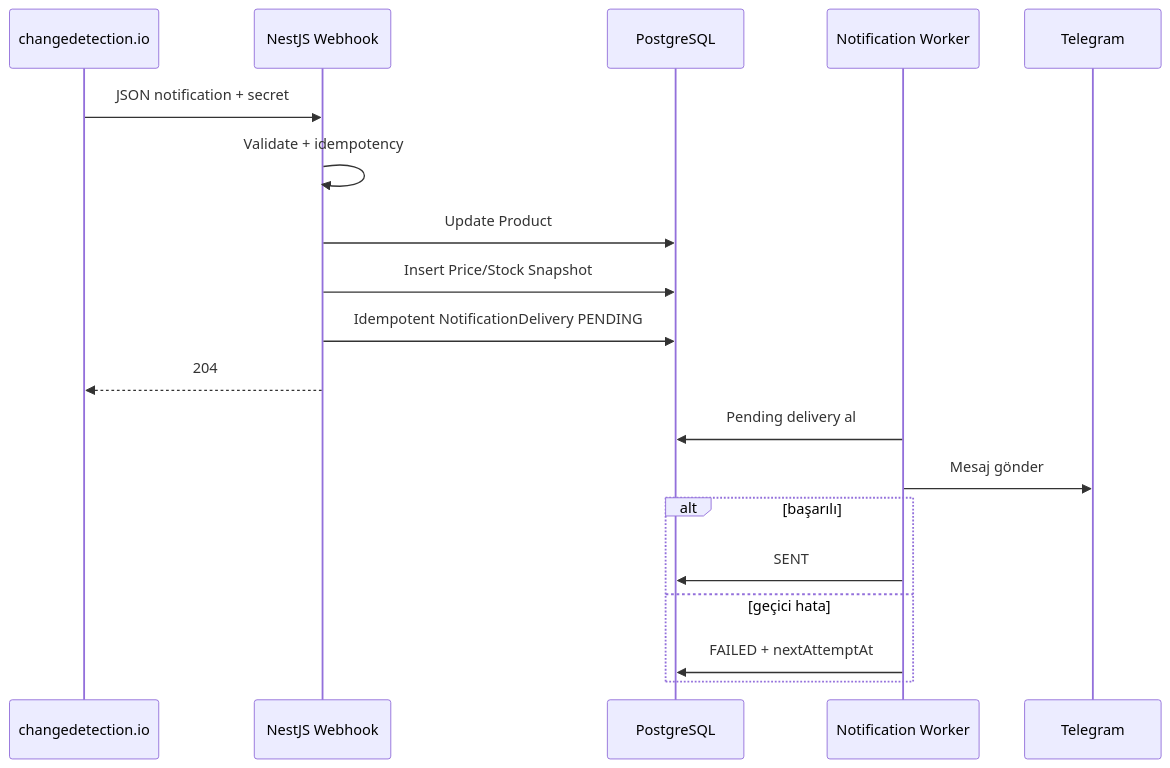
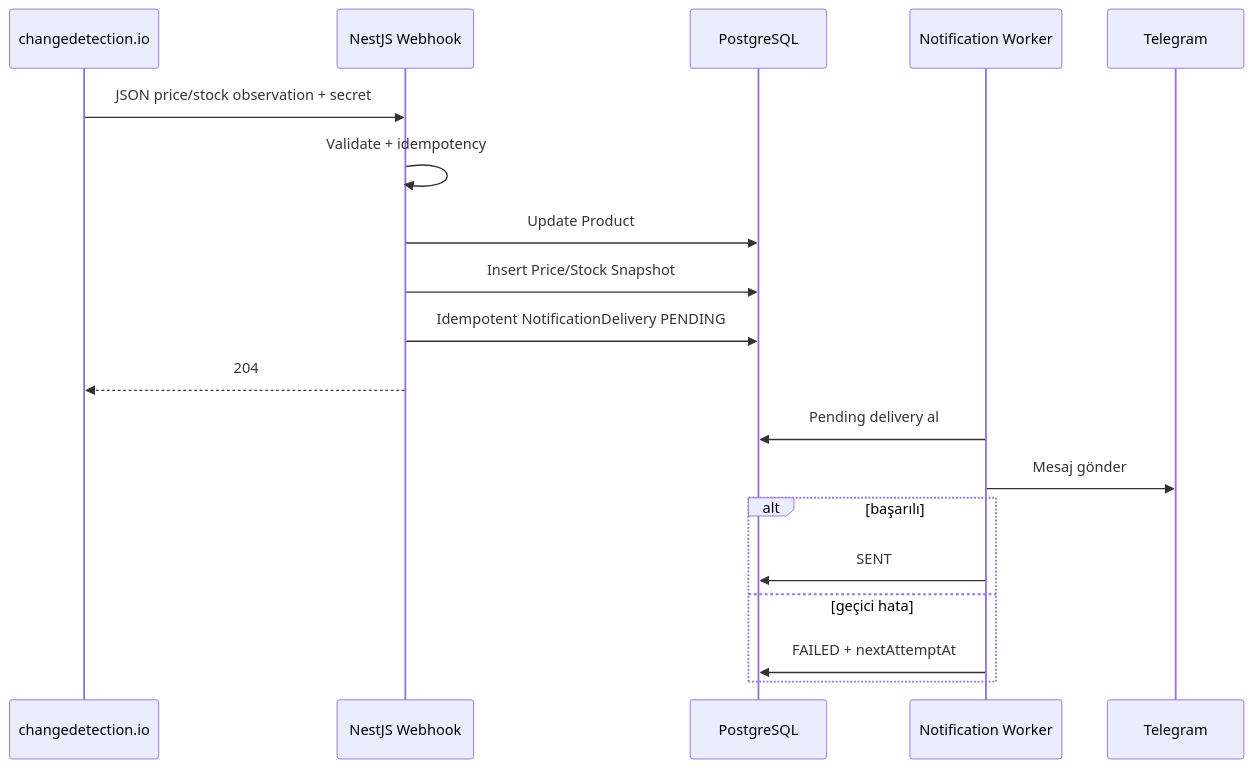
One commit to EfeAslangul/tracora changed the fourth of 4 diagrams in docs/ARCHITECTURE.md. Above: the diagram before and after it, drawn with Mermaid. The commit also changed other lines of this file and 82 other files, not shown here.

Commit message:
feat: implement end-to-end product tracking flow

````diff
--- a/docs/ARCHITECTURE.md
+++ b/docs/ARCHITECTURE.md
@@ -158,22 +158,22 @@
 ```mermaid
 sequenceDiagram
     participant C as changedetection.io
     participant A as NestJS Webhook
     participant D as PostgreSQL
     participant N as Notification Worker
     participant T as Telegram
 
-    C->>A: JSON notification + secret
+    C->>A: JSON price/stock observation + secret
     A->>A: Validate + idempotency
     A->>D: Update Product
     A->>D: Insert Price/Stock Snapshot
     A->>D: Idempotent NotificationDelivery PENDING
     A-->>C: 204
     N->>D: Pending delivery al
     N->>T: Mesaj gönder
     alt başarılı
         N->>D: SENT
     else geçici hata
         N->>D: FAILED + nextAttemptAt
     end
 ```
````
